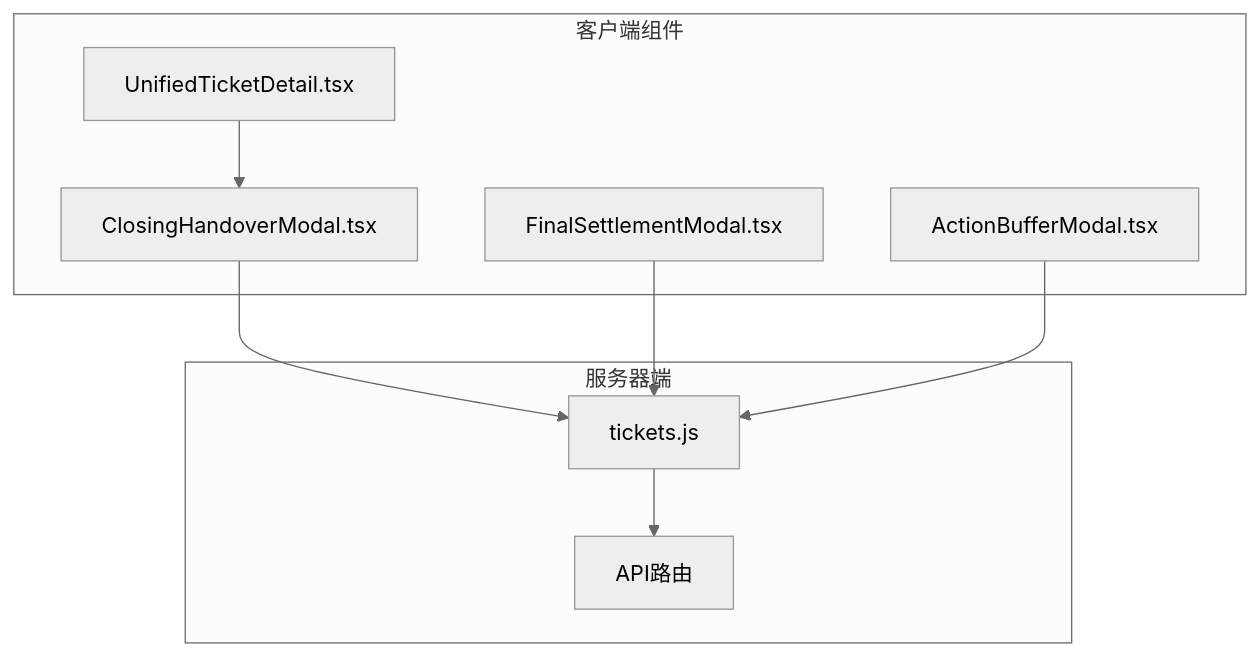
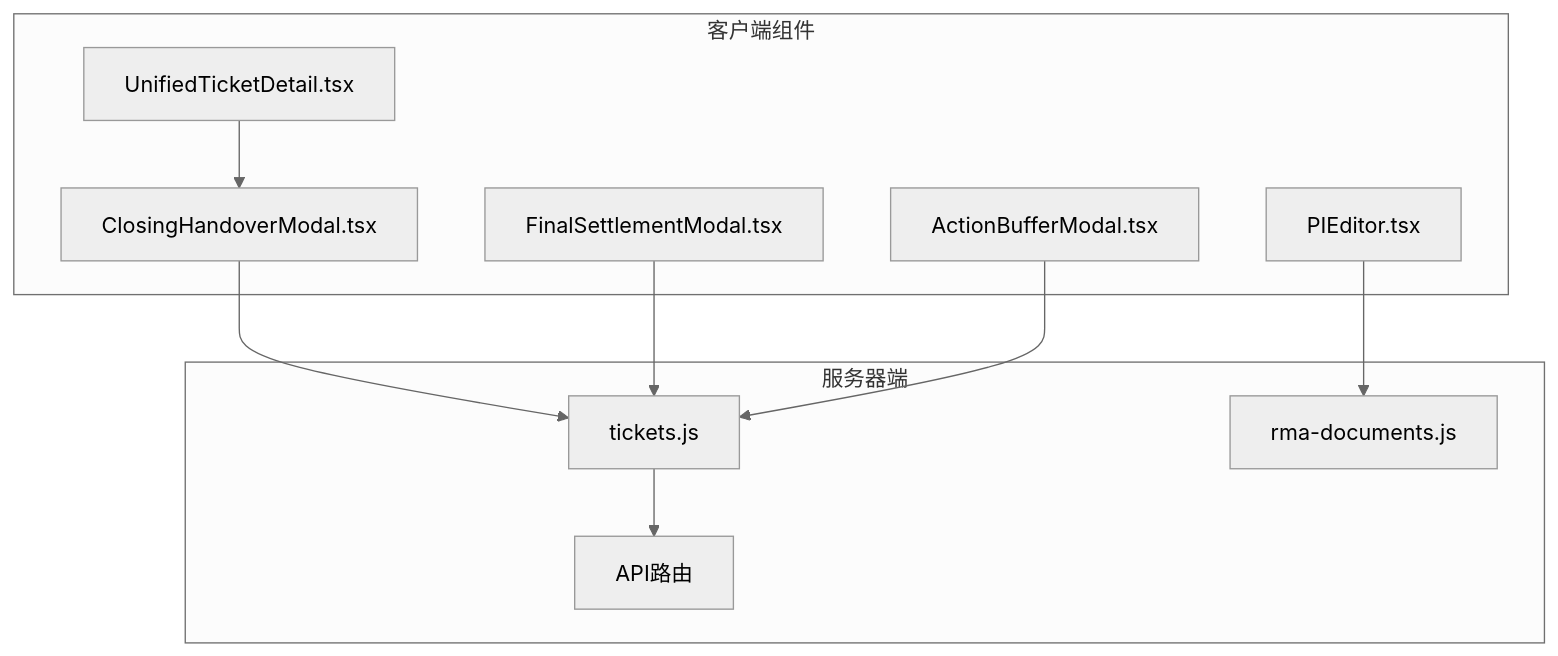
Before and after one commit to CubeEdge/Longhorn: the first of 8 diagrams in .qoder/repowiki/zh/content/前端组件架构/服务工作流增强/结案交接模态框.md, drawn with Mermaid (neutral theme). The commit also changed other lines of this file and 26 other files, not shown here.

````diff
--- a/.qoder/repowiki/zh/content/前端组件架构/服务工作流增强/结案交接模态框.md
+++ b/.qoder/repowiki/zh/content/前端组件架构/服务工作流增强/结案交接模态框.md
@@ -53,18 +54,21 @@
 ```mermaid
 graph TB
 subgraph "客户端组件"
 UTD[UnifiedTicketDetail.tsx]
 CHM[ClosingHandoverModal.tsx]
 FSM[FinalSettlementModal.tsx]
 ABM[ActionBufferModal.tsx]
+PIE[PIEditor.tsx]
 end
 subgraph "服务器端"
 TR[tickets.js]
+RMD[rma-documents.js]
 API[API路由]
 end
 UTD --> CHM
 CHM --> TR
 TR --> API
 FSM --> TR
 ABM --> TR
+PIE --> RMD
 ```
````
